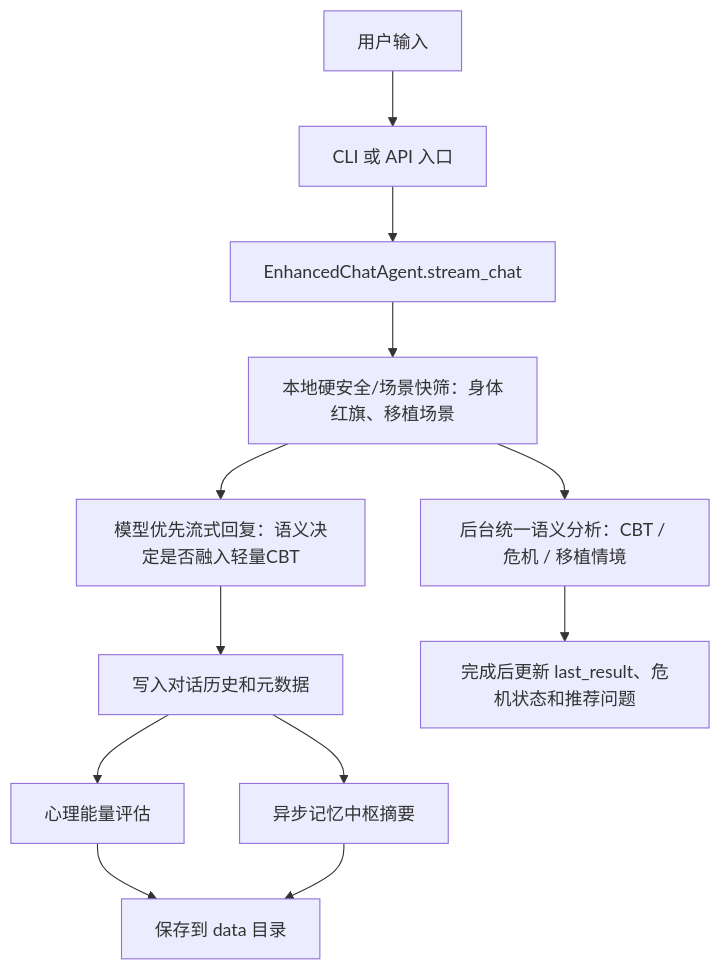
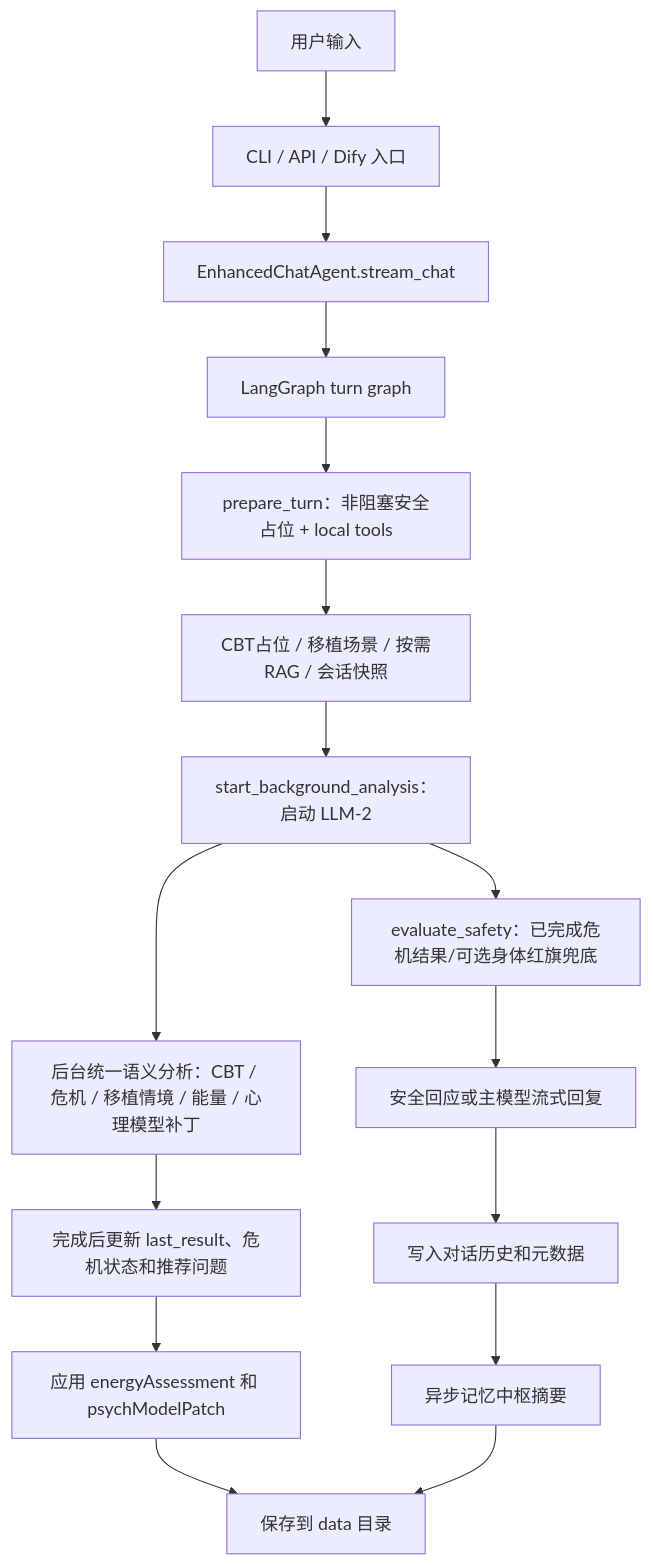
Before and after one commit to Xqerban/xinya: the diagram in xiaoya-agent/README.md, drawn with Mermaid. The commit also changed other lines of this file and 49 other files, not shown here.

````diff
--- a/xiaoya-agent/README.md
+++ b/xiaoya-agent/README.md
@@ -116,14 +336,18 @@
 ```mermaid
 flowchart TD
-    A["用户输入"] --> B["CLI 或 API 入口"]
+    A["用户输入"] --> B["CLI / API / Dify 入口"]
     B --> C["EnhancedChatAgent.stream_chat"]
-    C --> D["本地硬安全/场景快筛：身体红旗、移植场景"]
-    D --> E["模型优先流式回复：语义决定是否融入轻量CBT"]
-    D --> F["后台统一语义分析：CBT / 危机 / 移植情境"]
+    C --> LG["LangGraph turn graph"]
+    LG --> T["prepare_turn：非阻塞安全占位 + local tools"]
+    T --> D["CBT占位 / 移植场景 / 按需RAG / 会话快照"]
+    D --> BG["start_background_analysis：启动 LLM-2"]
+    BG --> S["evaluate_safety：已完成危机结果/可选身体红旗兜底"]
+    S --> E["安全回应或主模型流式回复"]
+    BG --> F["后台统一语义分析：CBT / 危机 / 移植情境 / 能量 / 心理模型补丁"]
     E --> G["写入对话历史和元数据"]
     F --> H["完成后更新 last_result、危机状态和推荐问题"]
-    G --> I["心理能量评估"]
+    H --> I["应用 energyAssessment 和 psychModelPatch"]
     G --> J["异步记忆中枢摘要"]
     I --> K["保存到 data 目录"]
     J --> K
 ```
````
